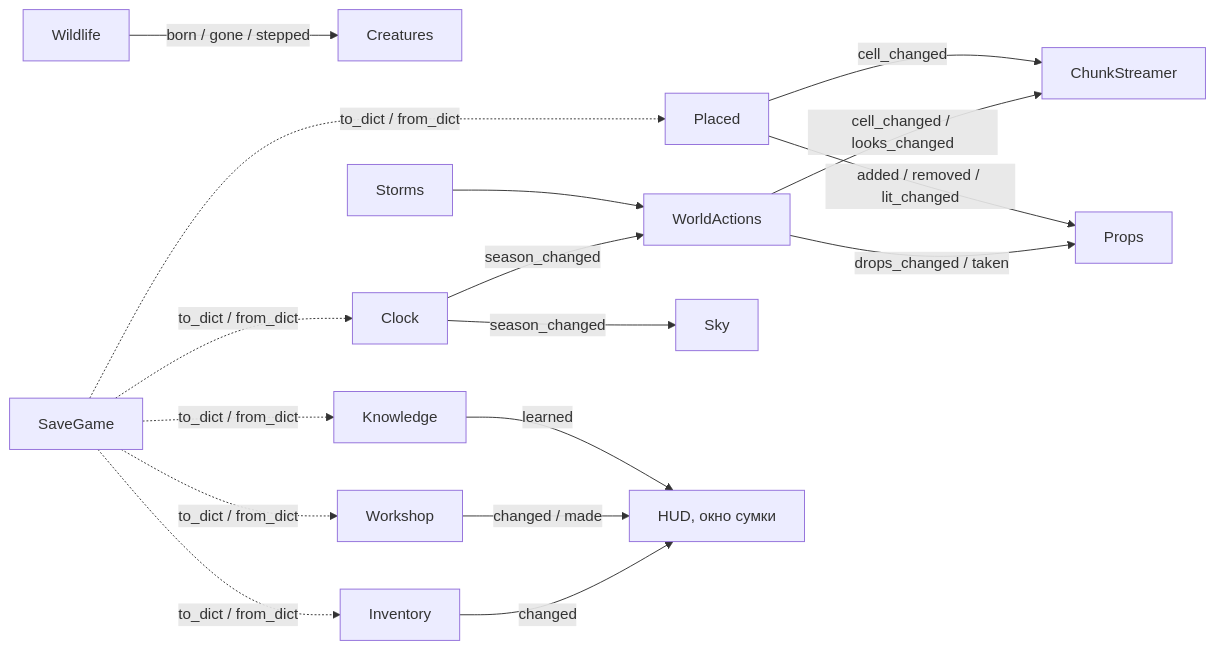
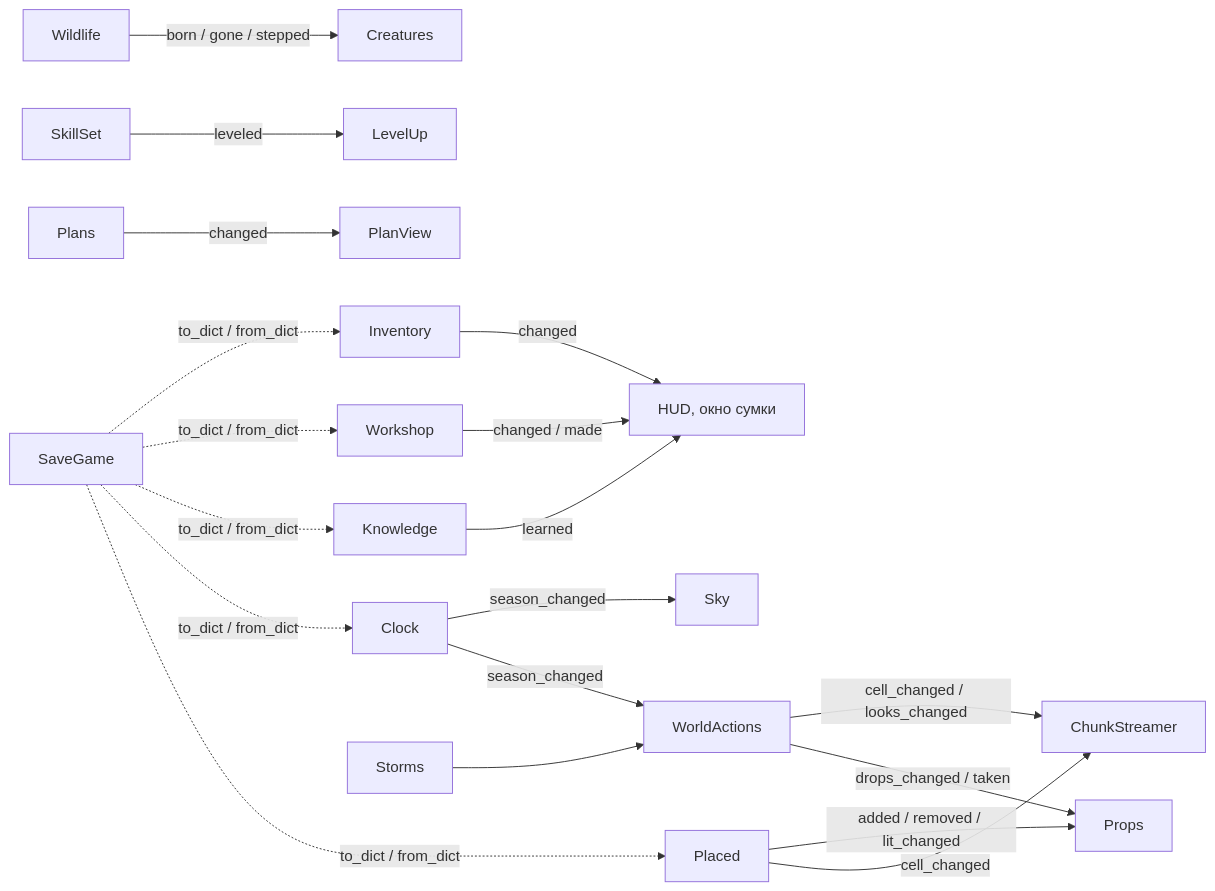
Before and after one commit to randomboygh/survivium: the second of 2 diagrams in docs/DEPENDENCIES.md, drawn with Mermaid. The commit also changed other lines of this file and 36 other files, not shown here.

````diff
--- a/docs/DEPENDENCIES.md
+++ b/docs/DEPENDENCIES.md
@@ -74,15 +78,17 @@
 ```mermaid
 graph LR
   actions["WorldActions"] -- cell_changed / looks_changed --> chunks["ChunkStreamer"]
   actions -- drops_changed / taken --> props["Props"]
   placed["Placed"] -- added / removed / lit_changed --> props
   placed -- cell_changed --> chunks
   wildlife["Wildlife"] -- born / gone / stepped --> creatures["Creatures"]
   clock["Clock"] -- season_changed --> sky["Sky"]
   clock -- season_changed --> actions
   inventory["Inventory"] -- changed --> hud["HUD, окно сумки"]
   workshop["Workshop"] -- changed / made --> hud
+  skills["SkillSet"] -- leveled --> levelup["LevelUp"]
+  plans["Plans"] -- changed --> planview["PlanView"]
   knowledge["Knowledge"] -- learned --> hud
   storms["Storms"] --> actions
   save["SaveGame"] -. to_dict / from_dict .-> inventory & workshop & knowledge & clock & placed
 ```
````
